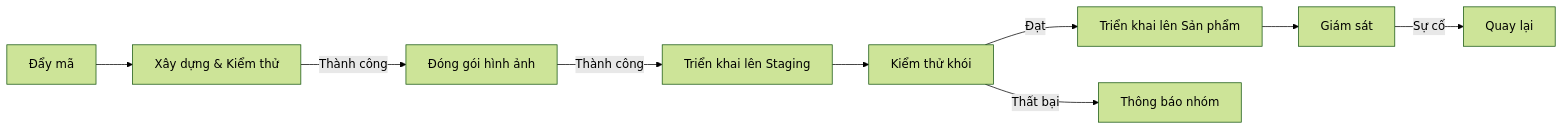
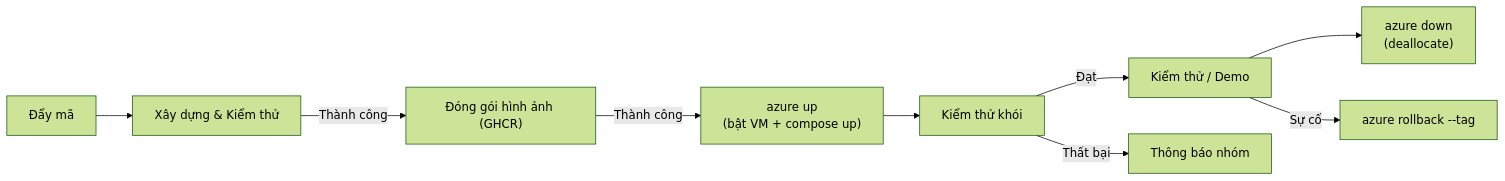
Before and after one commit to dut-pbl6-2026/job-platform-docs: the fifth of 5 diagrams in docs/srs/vi/9-infra-cost-analysis.vi.md, drawn with Mermaid (forest theme). The commit also changed other lines of this file and 20 other files, not shown here.

First line of the commit message:
docs(srs): sync Azure deploy target, health/logging, RBAC, CI (PBL6-44/49/50/51) (#9)

````diff
--- a/docs/srs/vi/9-infra-cost-analysis.vi.md
+++ b/docs/srs/vi/9-infra-cost-analysis.vi.md
@@ -257,11 +268,11 @@
 ```mermaid
 flowchart LR
     Push["Đẩy mã"] --> Build["Xây dựng & Kiểm thử"]
-    Build -->|Thành công| Package["Đóng gói hình ảnh"]
-    Package -->|Thành công| DeployStaging["Triển khai lên Staging"]
-    DeployStaging --> Smoke["Kiểm thử khói"]
-    Smoke -->|Đạt| DeployProd["Triển khai lên Sản phẩm"]
+    Build -->|Thành công| Package["Đóng gói hình ảnh (GHCR)"]
+    Package -->|Thành công| DeployVM["azure up<br/>(bật VM + compose up)"]
+    DeployVM --> Smoke["Kiểm thử khói"]
+    Smoke -->|Đạt| Test["Kiểm thử / Demo"]
     Smoke -->|Thất bại| Notify["Thông báo nhóm"]
-    DeployProd --> Monitor["Giám sát"]
-    Monitor -->|Sự cố| Rollback["Quay lại"]
+    Test --> Down["azure down<br/>(deallocate)"]
+    Test -->|Sự cố| Rollback["azure rollback --tag"]
 ```
````
